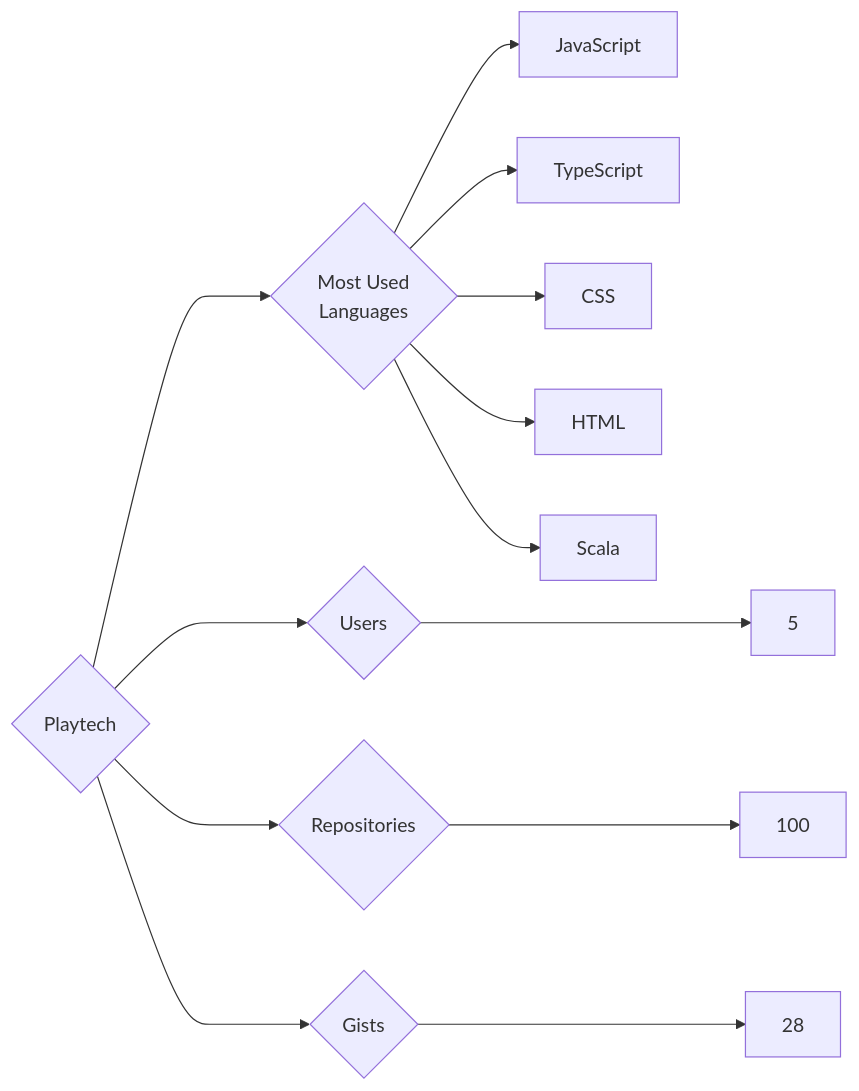
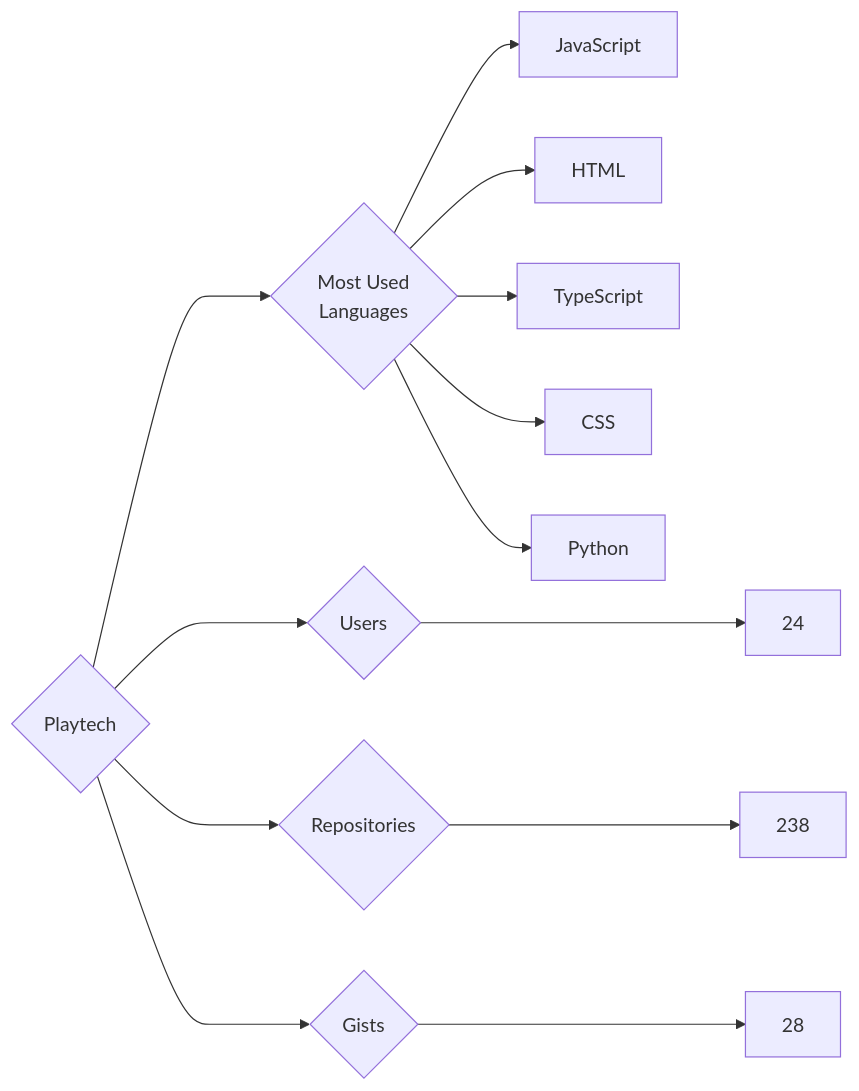
Before and after one commit to trickest/insiders: the diagram in targets/Playtech/README.md, drawn with Mermaid. The commit also changed 681 other files, not shown here.

````diff
--- a/targets/Playtech/README.md
+++ b/targets/Playtech/README.md
@@ -3,13 +3,13 @@
 ```mermaid
 graph LR
 COMPANY_NAME{Playtech}
-COMPANY_NAME ---> U{Users} ---> UN[5]
-COMPANY_NAME ---> R{Repositories} ---> RN[100]
+COMPANY_NAME ---> U{Users} ---> UN[24]
+COMPANY_NAME ---> R{Repositories} ---> RN[238]
 COMPANY_NAME ---> G{Gists} ---> GN[28]
 COMPANY_NAME ---> ML{Most Used<br>Languages}
 ML --> JavaScript[JavaScript]
+ML --> HTML[HTML]
 ML --> TypeScript[TypeScript]
 ML --> CSS[CSS]
-ML --> HTML[HTML]
-ML --> Scala[Scala]
+ML --> Python[Python]
 ```
````
